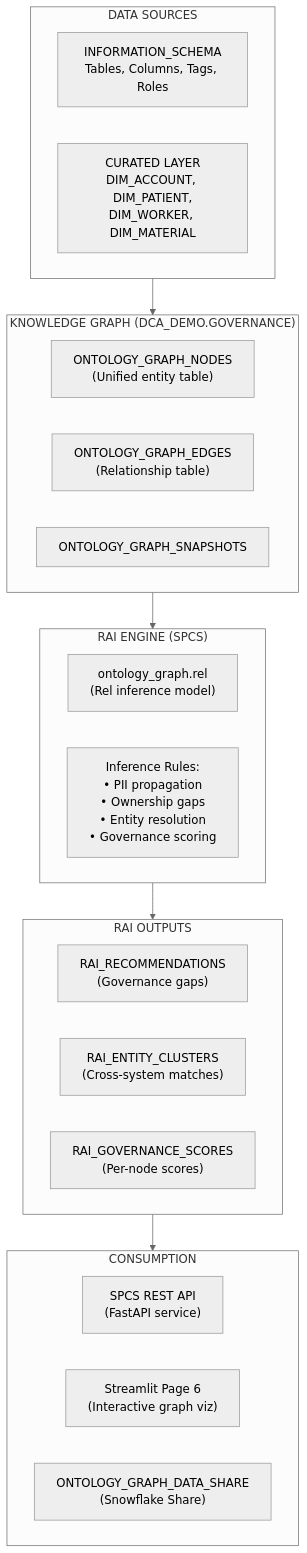
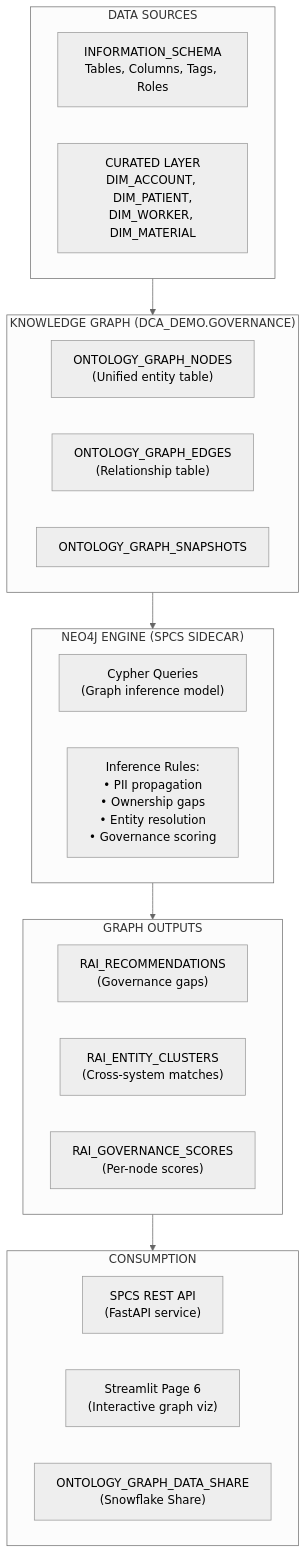
The ninth of 9 diagrams in docs/ARCHITECTURE.md (sfc-gh-smitchener-1/snowflake-dca-fullstack-demo), drawn with Mermaid (neutral theme) before and after one commit. The commit also changed other lines of this file and 44 other files, not shown here.

````diff
--- a/docs/ARCHITECTURE.md
+++ b/docs/ARCHITECTURE.md
@@ -598,30 +598,30 @@
 ```mermaid
 flowchart TB
     subgraph SOURCES["DATA SOURCES"]
         META["INFORMATION_SCHEMA\nTables, Columns, Tags, Roles"]
         BIZ["CURATED LAYER\nDIM_ACCOUNT, DIM_PATIENT,\nDIM_WORKER, DIM_MATERIAL"]
     end
     subgraph GRAPH["KNOWLEDGE GRAPH (DCA_DEMO.GOVERNANCE)"]
         NODES["ONTOLOGY_GRAPH_NODES\n(Unified entity table)"]
         EDGES["ONTOLOGY_GRAPH_EDGES\n(Relationship table)"]
         SNAP["ONTOLOGY_GRAPH_SNAPSHOTS"]
     end
-    subgraph RAI["RAI ENGINE (SPCS)"]
-        MODEL["ontology_graph.rel\n(Rel inference model)"]
+    subgraph NEO4J["NEO4J ENGINE (SPCS SIDECAR)"]
+        MODEL["Cypher Queries\n(Graph inference model)"]
         INFER["Inference Rules:\n• PII propagation\n• Ownership gaps\n• Entity resolution\n• Governance scoring"]
     end
-    subgraph OUTPUT["RAI OUTPUTS"]
+    subgraph OUTPUT["GRAPH OUTPUTS"]
         RECS["RAI_RECOMMENDATIONS\n(Governance gaps)"]
         CLUSTERS["RAI_ENTITY_CLUSTERS\n(Cross-system matches)"]
         SCORES["RAI_GOVERNANCE_SCORES\n(Per-node scores)"]
     end
     subgraph CONSUME["CONSUMPTION"]
         API["SPCS REST API\n(FastAPI service)"]
         ST["Streamlit Page 6\n(Interactive graph viz)"]
         SHARE["ONTOLOGY_GRAPH_DATA_SHARE\n(Snowflake Share)"]
     end
     SOURCES --> GRAPH
-    GRAPH --> RAI
-    RAI --> OUTPUT
+    GRAPH --> NEO4J
+    NEO4J --> OUTPUT
     OUTPUT --> CONSUME
 ```
````
